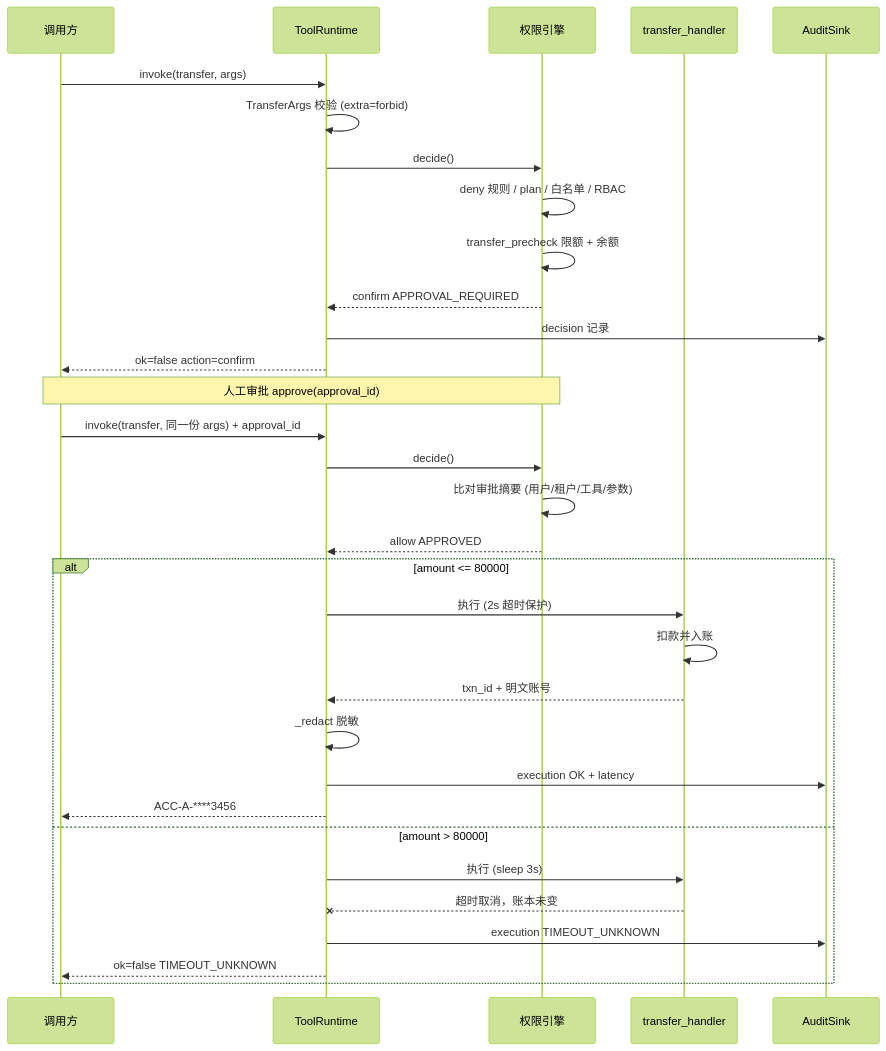
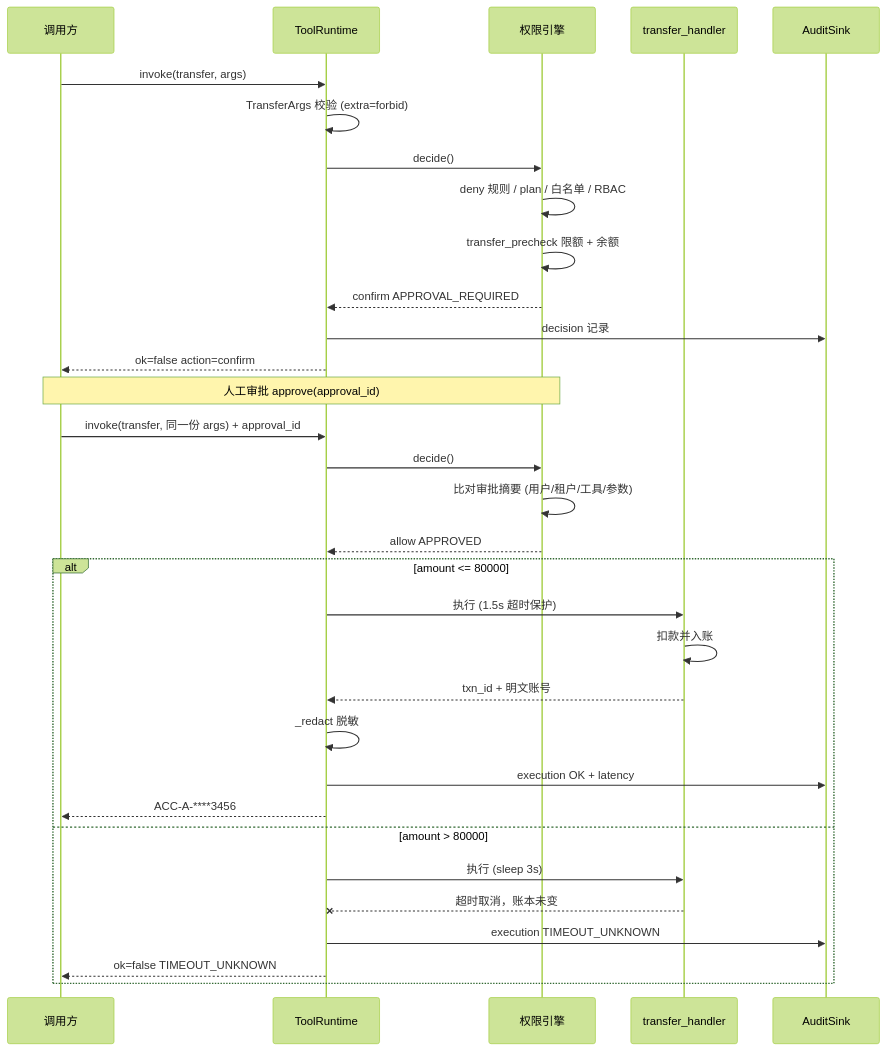
Before and after one commit to ZJFCEO/week_02_cc: the diagram in docs/transfer_sequence.md, drawn with Mermaid (forest theme). The commit also changed 4 other files, not shown here.

````diff
--- a/docs/transfer_sequence.md
+++ b/docs/transfer_sequence.md
@@ -5,37 +5,37 @@
 ```mermaid
 sequenceDiagram
     participant C as 调用方
     participant R as ToolRuntime
     participant P as 权限引擎
     participant H as transfer_handler
     participant A as AuditSink
 
     C->>R: invoke(transfer, args)
     R->>R: TransferArgs 校验 (extra=forbid)
     R->>P: decide()
     P->>P: deny 规则 / plan / 白名单 / RBAC
     P->>P: transfer_precheck 限额 + 余额
     P-->>R: confirm APPROVAL_REQUIRED
     R->>A: decision 记录
     R-->>C: ok=false action=confirm
 
     Note over C,P: 人工审批 approve(approval_id)
 
     C->>R: invoke(transfer, 同一份 args) + approval_id
     R->>P: decide()
     P->>P: 比对审批摘要 (用户/租户/工具/参数)
     P-->>R: allow APPROVED
     alt amount <= 80000
-        R->>H: 执行 (2s 超时保护)
+        R->>H: 执行 (1.5s 超时保护)
         H->>H: 扣款并入账
         H-->>R: txn_id + 明文账号
         R->>R: _redact 脱敏
         R->>A: execution OK + latency
         R-->>C: ACC-A-****3456
     else amount > 80000
         R->>H: 执行 (sleep 3s)
         H--xR: 超时取消，账本未变
         R->>A: execution TIMEOUT_UNKNOWN
         R-->>C: ok=false TIMEOUT_UNKNOWN
     end
 ```
````
